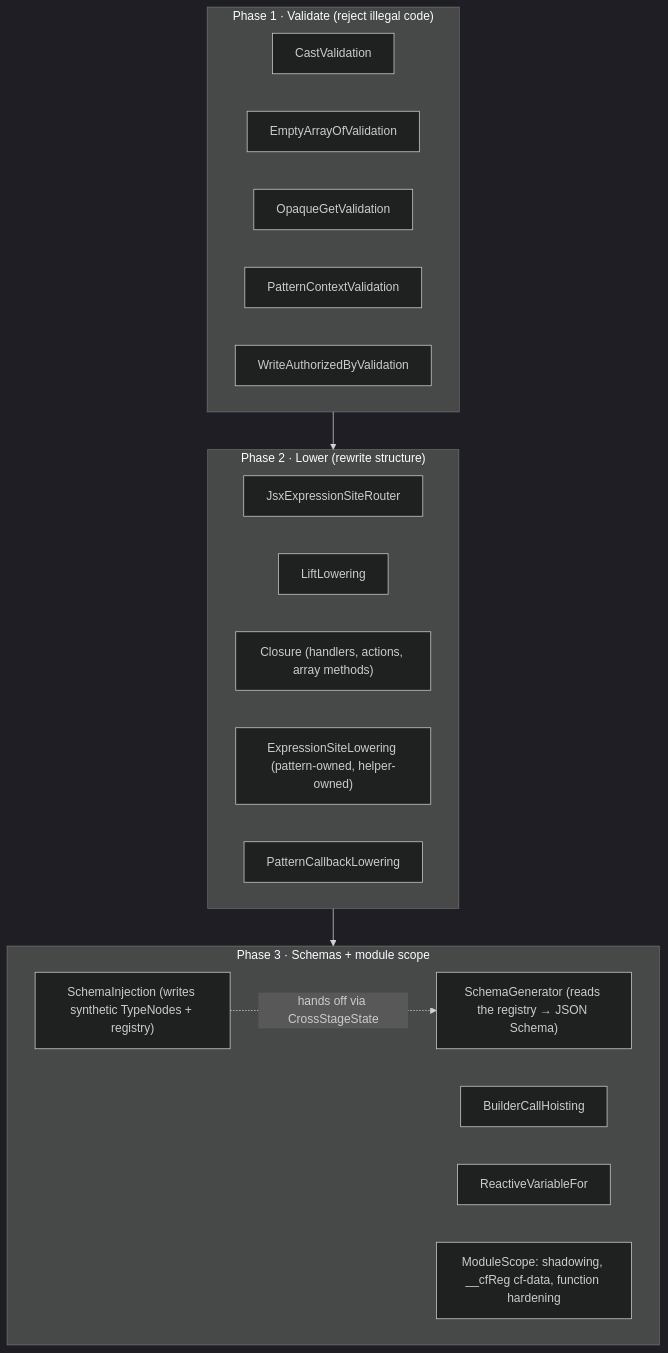
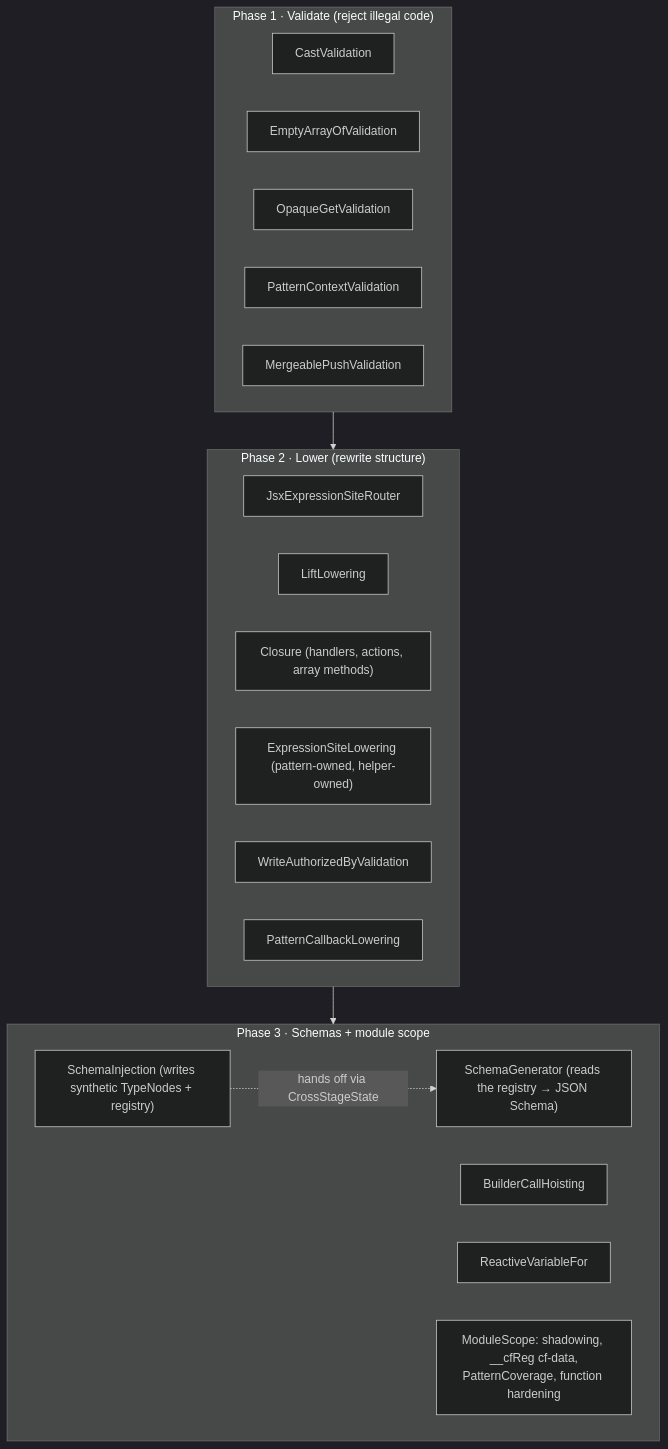
Before and after one commit to commontoolsinc/labs: the third of 5 diagrams in docs/development/orientation/compile-pipeline.md, drawn with Mermaid (dark theme). The commit also changed other lines of this file and 8 other files, not shown here.

````diff
--- a/docs/development/orientation/compile-pipeline.md
+++ b/docs/development/orientation/compile-pipeline.md
@@ -81,26 +81,27 @@
 ```mermaid
 flowchart TB
     subgraph p1["Phase 1 · Validate (reject illegal code)"]
         v1["CastValidation"]
         v2["EmptyArrayOfValidation"]
         v3["OpaqueGetValidation"]
         v4["PatternContextValidation"]
-        v5["WriteAuthorizedByValidation"]
+        v5["MergeablePushValidation"]
     end
     subgraph p2["Phase 2 · Lower (rewrite structure)"]
         l1["JsxExpressionSiteRouter"]
         l2["LiftLowering"]
         l3["Closure (handlers, actions, array methods)"]
         l4["ExpressionSiteLowering (pattern-owned, helper-owned)"]
+        l4b["WriteAuthorizedByValidation"]
         l5["PatternCallbackLowering"]
     end
     subgraph p3["Phase 3 · Schemas + module scope"]
         s1["SchemaInjection (writes synthetic TypeNodes + registry)"]
         s2["BuilderCallHoisting"]
         s3["SchemaGenerator (reads the registry → JSON Schema)"]
         s4["ReactiveVariableFor"]
-        s5["ModuleScope: shadowing, __cfReg cf-data, function hardening"]
+        s5["ModuleScope: shadowing, __cfReg cf-data,<br/>PatternCoverage, function hardening"]
     end
     p1 --> p2 --> p3
     s1 -.->|"hands off via CrossStageState"| s3
 ```
````
